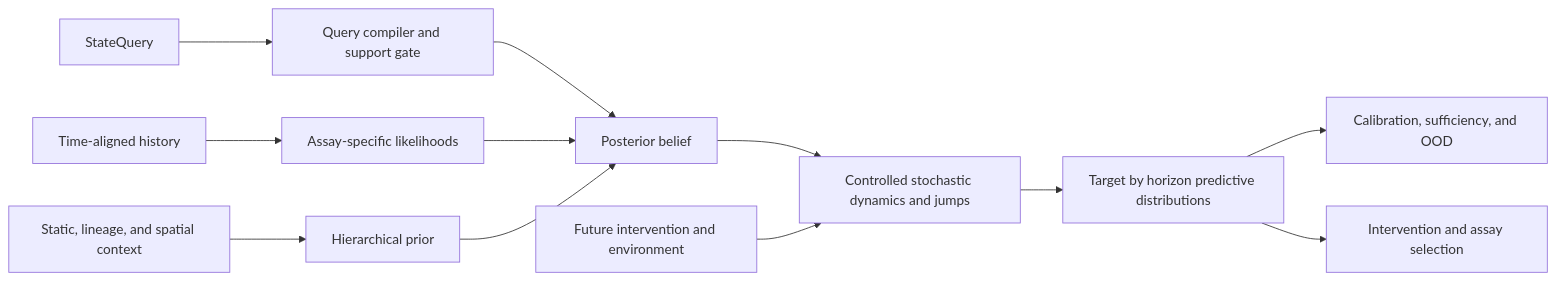
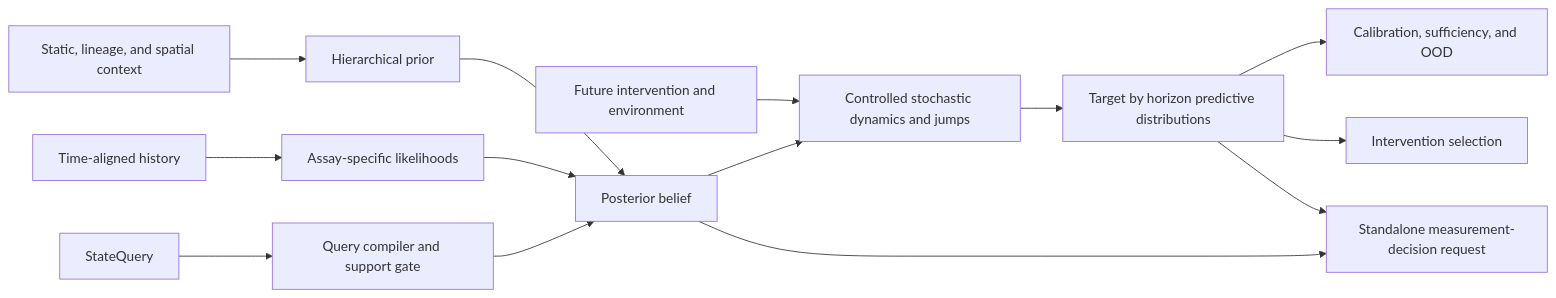
Before and after one commit to logannye/cellstate: the diagram in README.md, drawn with Mermaid. The commit also changed other lines of this file and 186 other files, not shown here.

````diff
--- a/README.md
+++ b/README.md
@@ -114,14 +139,16 @@
 ```mermaid
 flowchart LR
     Q["StateQuery"] --> QC["Query compiler and support gate"]
     H["Time-aligned history"] --> O["Assay-specific likelihoods"]
     C["Static, lineage, and spatial context"] --> P["Hierarchical prior"]
     QC --> B["Posterior belief"]
     O --> B
     P --> B
     B --> D["Controlled stochastic dynamics and jumps"]
     U["Future intervention and environment"] --> D
     D --> Z["Target by horizon predictive distributions"]
     Z --> V["Calibration, sufficiency, and OOD"]
-    Z --> A["Intervention and assay selection"]
+    Z --> A["Intervention selection"]
+    B --> M["Standalone measurement-decision request"]
+    Z --> M
 ```
````
